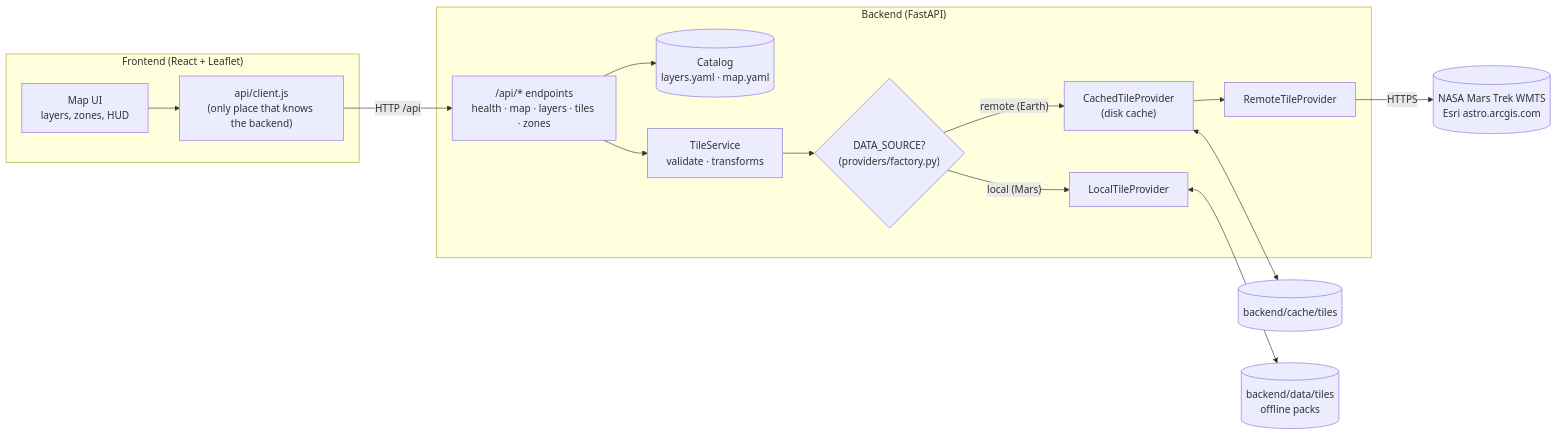
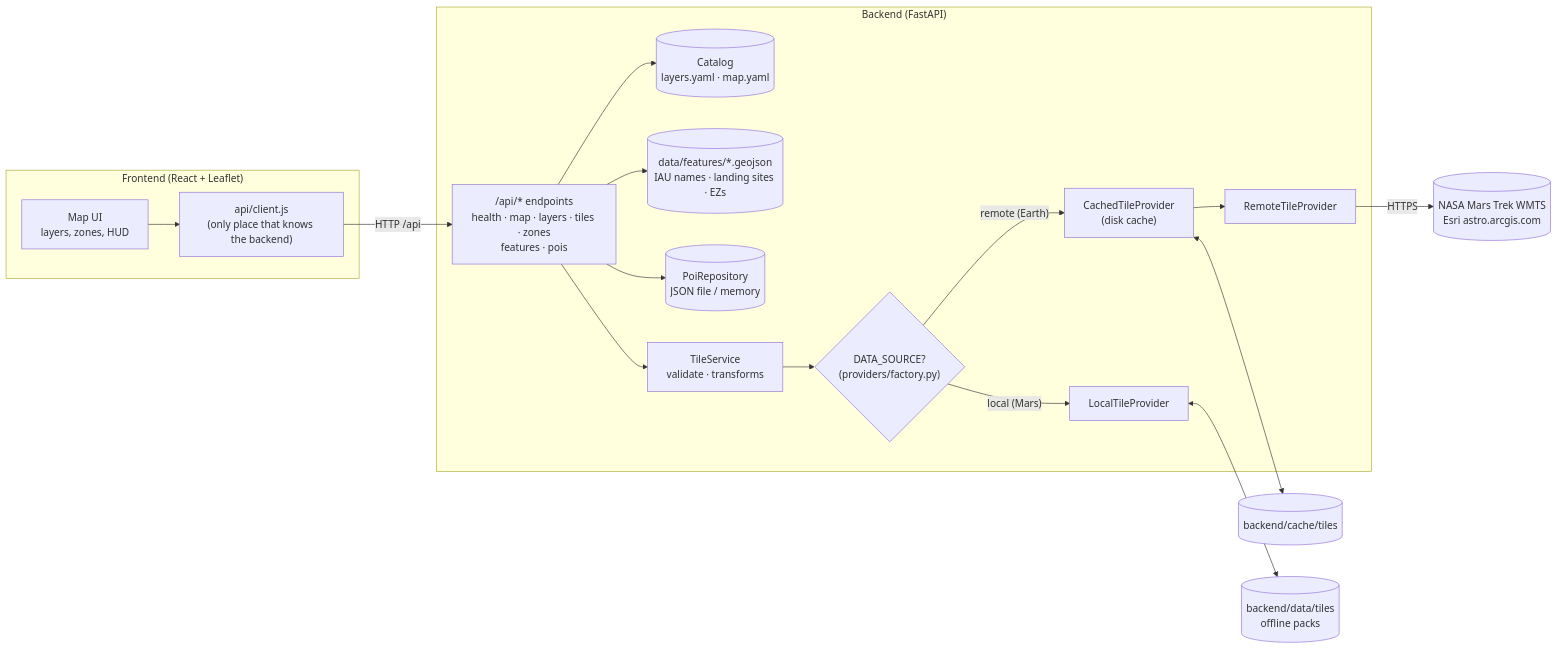
One commit to JorgeGomezSanchez/Arturo changed the diagram in README.md. Above: the diagram before and after it, drawn with Mermaid. The commit also changed other lines of this file, not shown here.

````diff
--- a/README.md
+++ b/README.md
@@ -83,27 +113,31 @@
 ```mermaid
 flowchart LR
     subgraph Browser["Frontend (React + Leaflet)"]
         UI["Map UI<br/>layers, zones, HUD"]
         CLIENT["api/client.js<br/>(only place that knows the backend)"]
         UI --> CLIENT
     end
 
     subgraph Backend["Backend (FastAPI)"]
-        API["/api/* endpoints<br/>health · map · layers · tiles · zones"]
+        API["/api/* endpoints<br/>health · map · layers · tiles · zones<br/>features · pois"]
         CAT[("Catalog<br/>layers.yaml · map.yaml")]
+        FEAT[("data/features/*.geojson<br/>IAU names · landing sites · EZs")]
+        POIS[("PoiRepository<br/>JSON file / memory")]
         SVC["TileService<br/>validate · transforms"]
         FACT{"DATA_SOURCE?<br/>(providers/factory.py)"}
         REMOTE["RemoteTileProvider"]
         CACHE["CachedTileProvider<br/>(disk cache)"]
         LOCAL["LocalTileProvider"]
         API --> CAT
         API --> SVC --> FACT
+        API --> FEAT
+        API --> POIS
         FACT -- "remote (Earth)" --> CACHE --> REMOTE
         FACT -- "local (Mars)" --> LOCAL
     end
 
     CLIENT -- "HTTP /api" --> API
     REMOTE -- "HTTPS" --> NASA[("NASA Mars Trek WMTS<br/>Esri astro.arcgis.com")]
     CACHE <--> DISK1[("backend/cache/tiles")]
     LOCAL <--> DISK2[("backend/data/tiles<br/>offline packs")]
 ```
````
